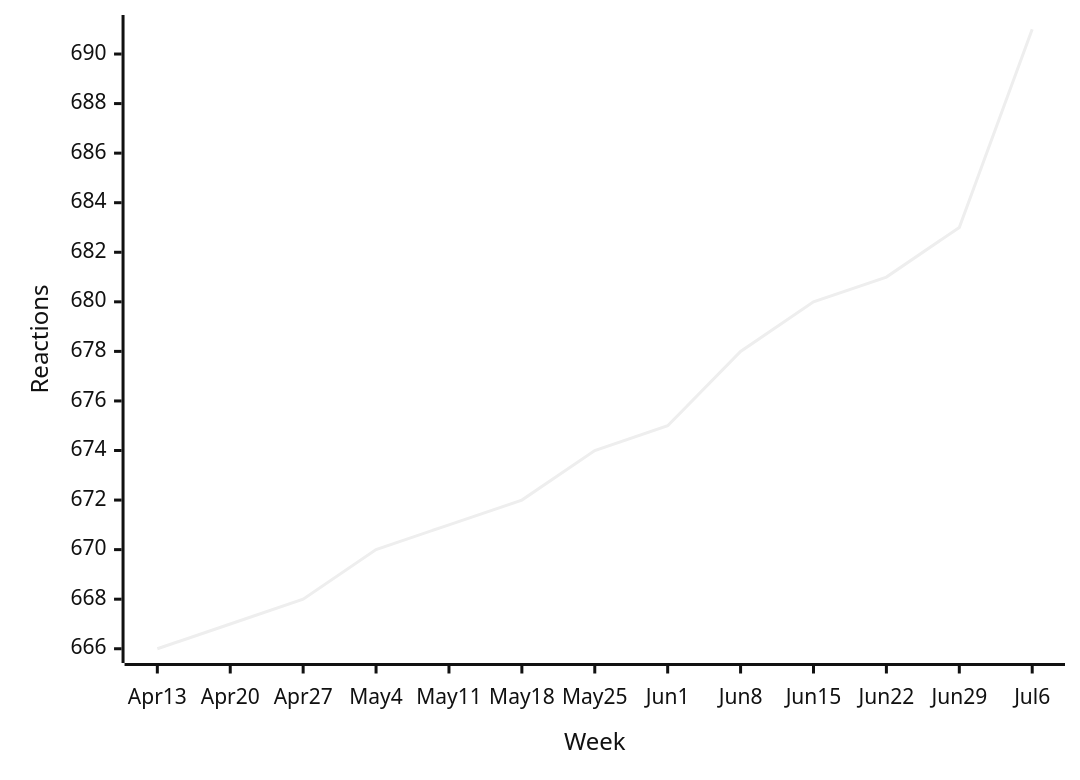
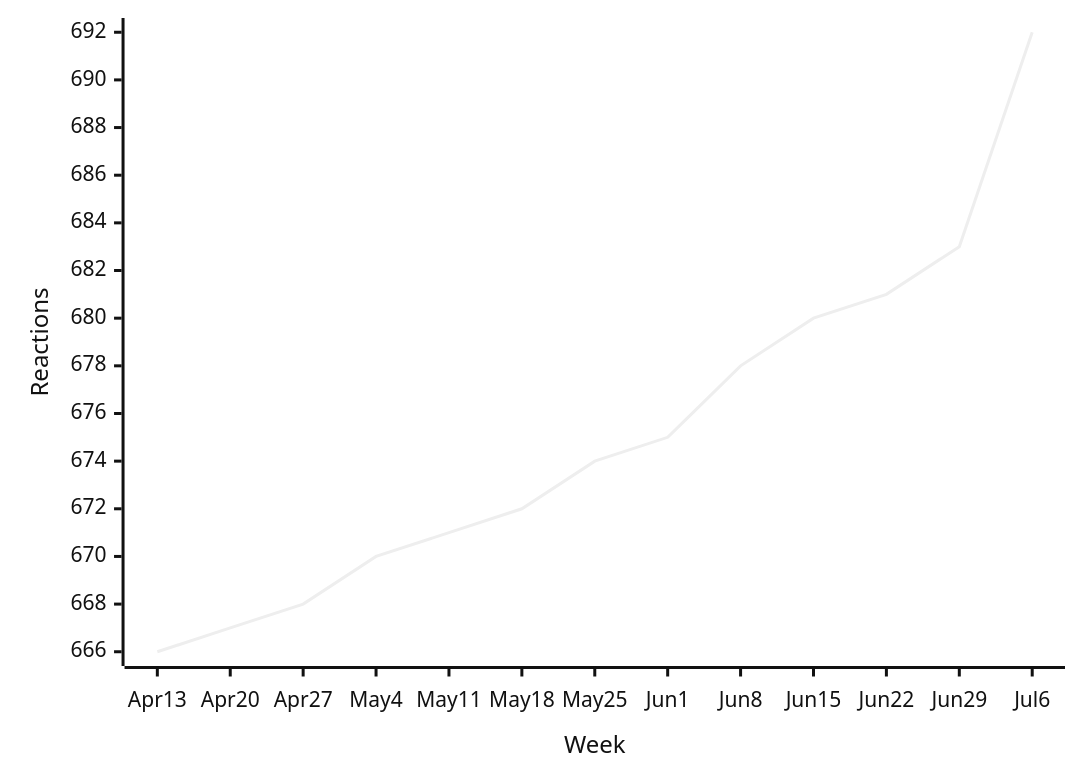
One commit to loic-sharma/github-insights changed the third of 48 diagrams in README.md. Above: the diagram before and after it, drawn with Mermaid (neutral theme). The commit also changed other lines of this file and 1 other file, not shown here.

````diff
--- a/README.md
+++ b/README.md
@@ -373,6 +373,6 @@
   ```mermaid
   xychart-beta
     x-axis "Week" [Apr 13, Apr 20, Apr 27, May 4, May 11, May 18, May 25, Jun 1, Jun 8, Jun 15, Jun 22, Jun 29, Jul 6]
     y-axis "Reactions"
-    line [666, 667, 668, 670, 671, 672, 674, 675, 678, 680, 681, 683, 691]
+    line [666, 667, 668, 670, 671, 672, 674, 675, 678, 680, 681, 683, 692]
   ```
````
